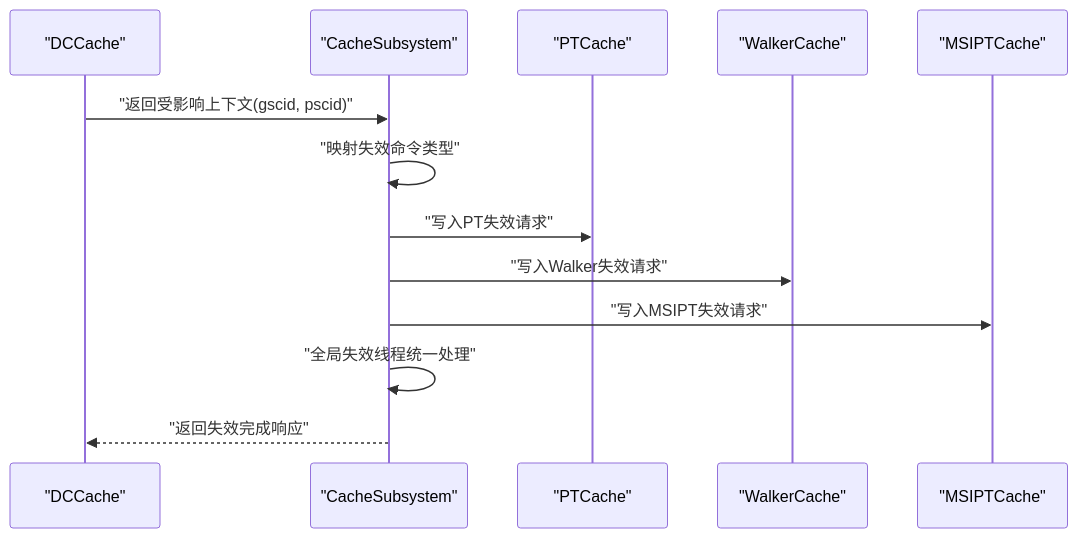
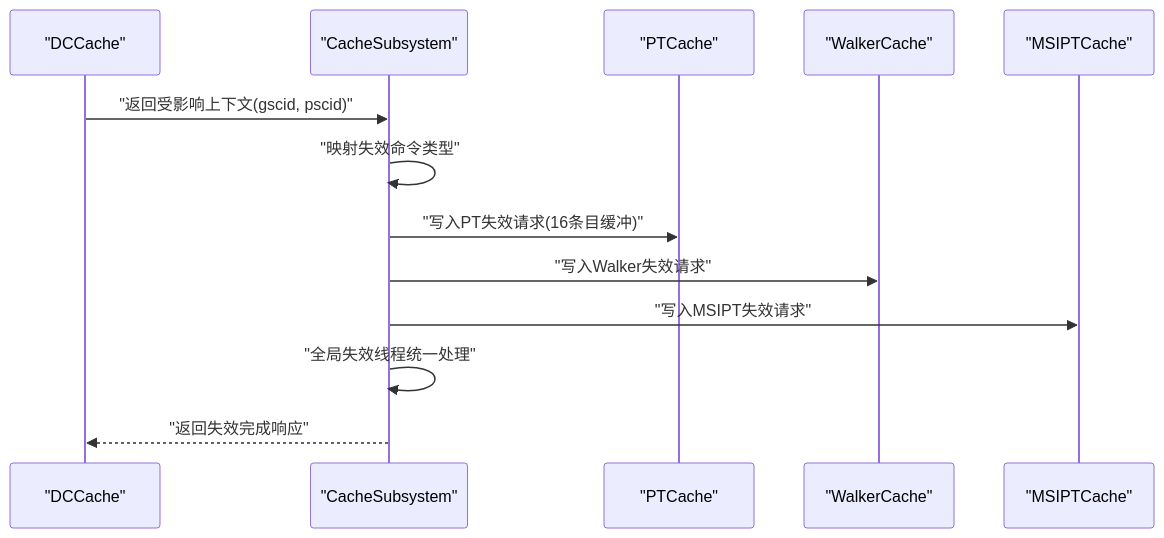
The fifth of 7 diagrams in .qoder/repowiki/zh/content/缓存系统/缓存子系统概览.md (jiangjiang1122/iommu_model_20260401_v1), drawn with Mermaid before and after one commit. The commit also changed other lines of this file and 21 other files, not shown here.

````diff
--- a/.qoder/repowiki/zh/content/缓存系统/缓存子系统概览.md
+++ b/.qoder/repowiki/zh/content/缓存系统/缓存子系统概览.md
@@ -198,15 +265,15 @@
 ```mermaid
 sequenceDiagram
 participant DC as "DCCache"
 participant CS as "CacheSubsystem"
 participant PT as "PTCache"
 participant WLK as "WalkerCache"
 participant MSI as "MSIPTCache"
 DC->>CS : "返回受影响上下文(gscid, pscid)"
 CS->>CS : "映射失效命令类型"
-CS->>PT : "写入PT失效请求"
+CS->>PT : "写入PT失效请求(16条目缓冲)"
 CS->>WLK : "写入Walker失效请求"
 CS->>MSI : "写入MSIPT失效请求"
 CS->>CS : "全局失效线程统一处理"
 CS-->>DC : "返回失效完成响应"
 ```
````
